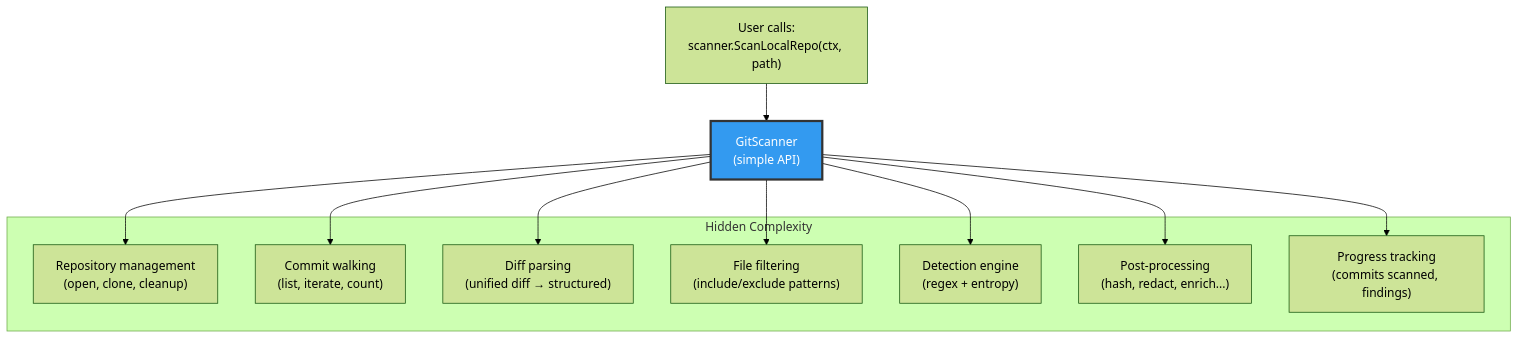
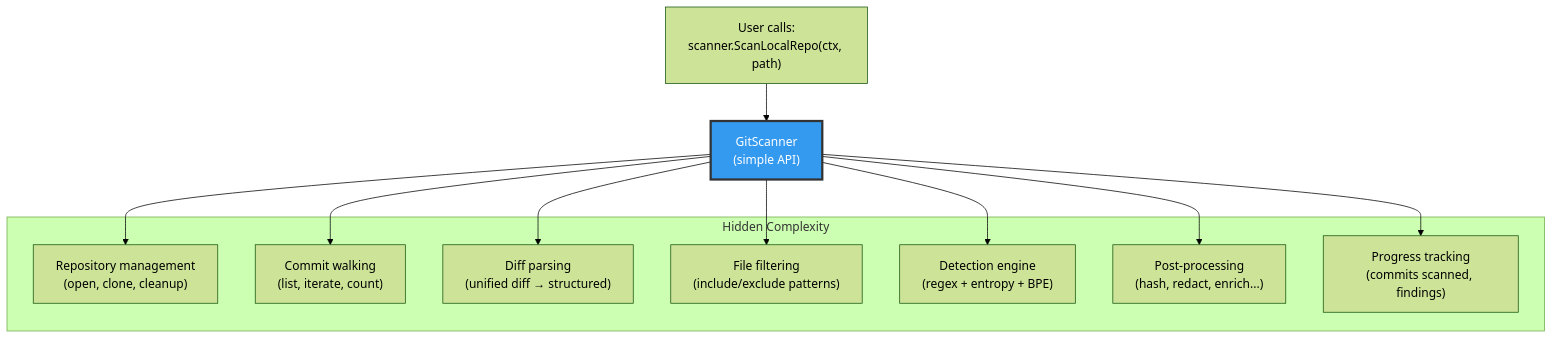
One commit to svemulapati/CredVigil changed diagram 54 of 60 in docs/training/00-System-Design.md. Above: the diagram before and after it, drawn with Mermaid (forest theme). The commit also changed other lines of this file and 8 other files, not shown here.

````diff
--- a/docs/training/00-System-Design.md
+++ b/docs/training/00-System-Design.md
@@ -2187,21 +2197,21 @@
 ```mermaid
 graph TD
     FACADE["GitScanner<br/>(simple API)"]
 
     subgraph "Hidden Complexity"
         REPO["Repository management<br/>(open, clone, cleanup)"]
         WALKER["Commit walking<br/>(list, iterate, count)"]
         DIFF["Diff parsing<br/>(unified diff → structured)"]
         FILTER["File filtering<br/>(include/exclude patterns)"]
-        ENGINE["Detection engine<br/>(regex + entropy)"]
+        ENGINE["Detection engine<br/>(regex + entropy + BPE)"]
         PIPELINE["Post-processing<br/>(hash, redact, enrich...)"]
         PROGRESS["Progress tracking<br/>(commits scanned, findings)"]
     end
 
     FACADE --> REPO & WALKER & DIFF & FILTER & ENGINE & PIPELINE & PROGRESS
 
     USER["User calls:<br/>scanner.ScanLocalRepo(ctx, path)"]
     USER --> FACADE
 
     style FACADE fill:#339af0,stroke:#333,color:#fff,stroke-width:3px
 ```
````
